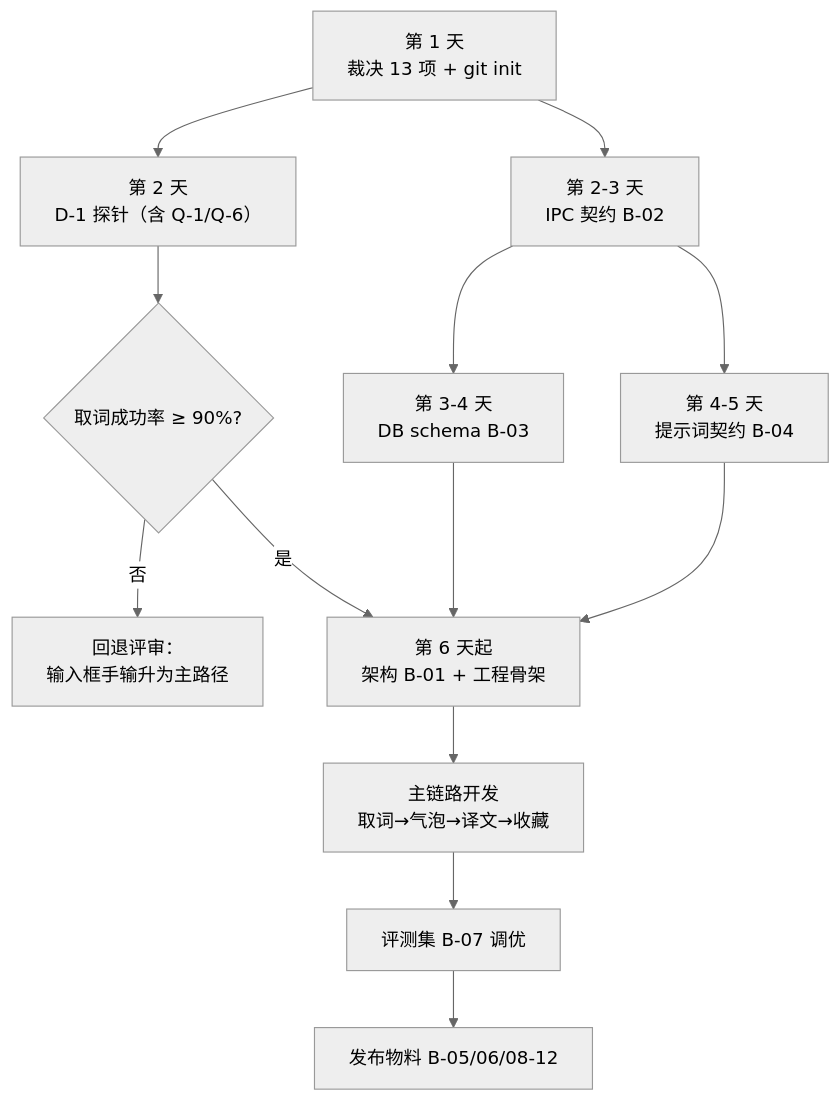
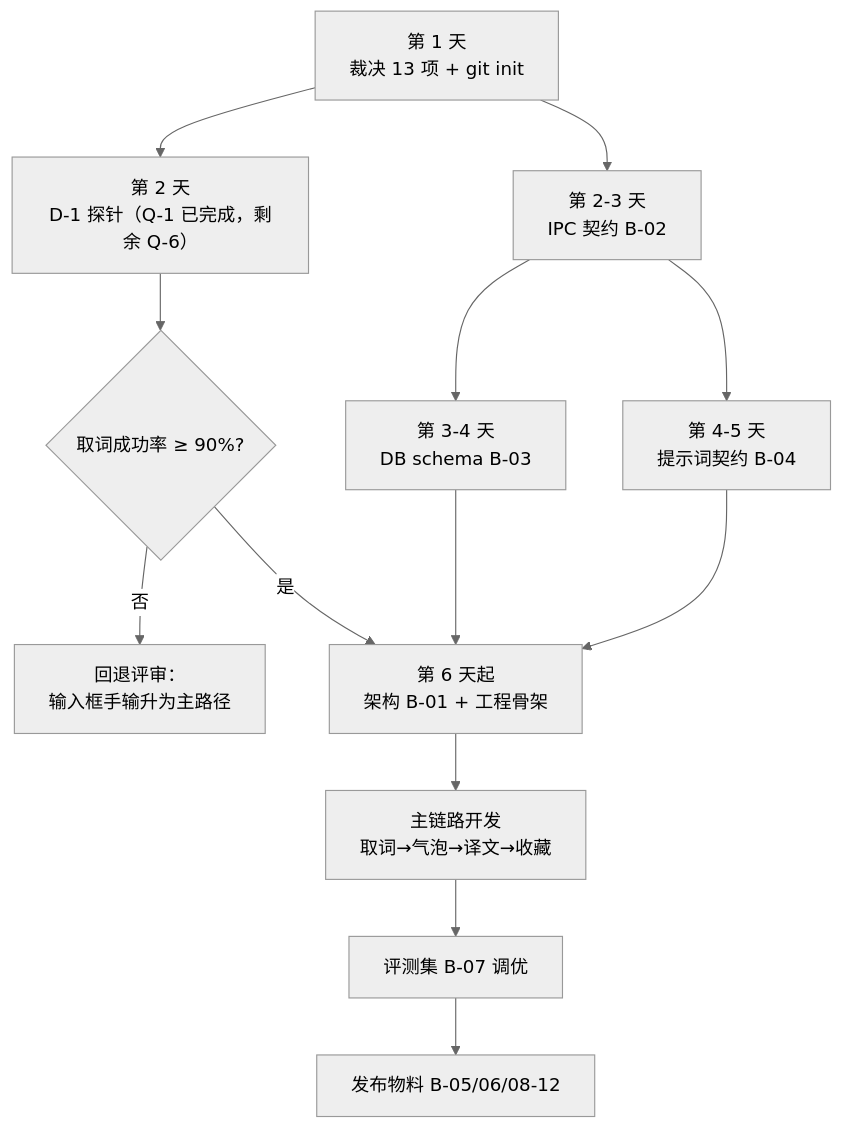
Before and after one commit to BanShan-Alec/Snapword: the diagram in docs/progress-checklist.md, drawn with Mermaid (neutral theme). The commit also changed other lines of this file and 5 other files, not shown here.

````diff
--- a/docs/progress-checklist.md
+++ b/docs/progress-checklist.md
@@ -161,15 +161,15 @@
 ```mermaid
 flowchart TD
-    A["第 1 天<br/>裁决 13 项 + git init"] --> B["第 2 天<br/>D-1 探针（含 Q-1/Q-6）"]
+    A["第 1 天<br/>裁决 13 项 + git init"] --> B["第 2 天<br/>D-1 探针（Q-1 已完成，剩余 Q-6）"]
     A --> C["第 2-3 天<br/>IPC 契约 B-02"]
     C --> D["第 3-4 天<br/>DB schema B-03"]
     C --> E["第 4-5 天<br/>提示词契约 B-04"]
     B --> F{"取词成功率 ≥ 90%?"}
     F -- 否 --> G["回退评审：<br/>输入框手输升为主路径"]
     F -- 是 --> H["第 6 天起<br/>架构 B-01 + 工程骨架"]
     D --> H
     E --> H
     H --> I["主链路开发<br/>取词→气泡→译文→收藏"]
     I --> J["评测集 B-07 调优"]
     J --> K["发布物料 B-05/06/08-12"]
 ```
````
